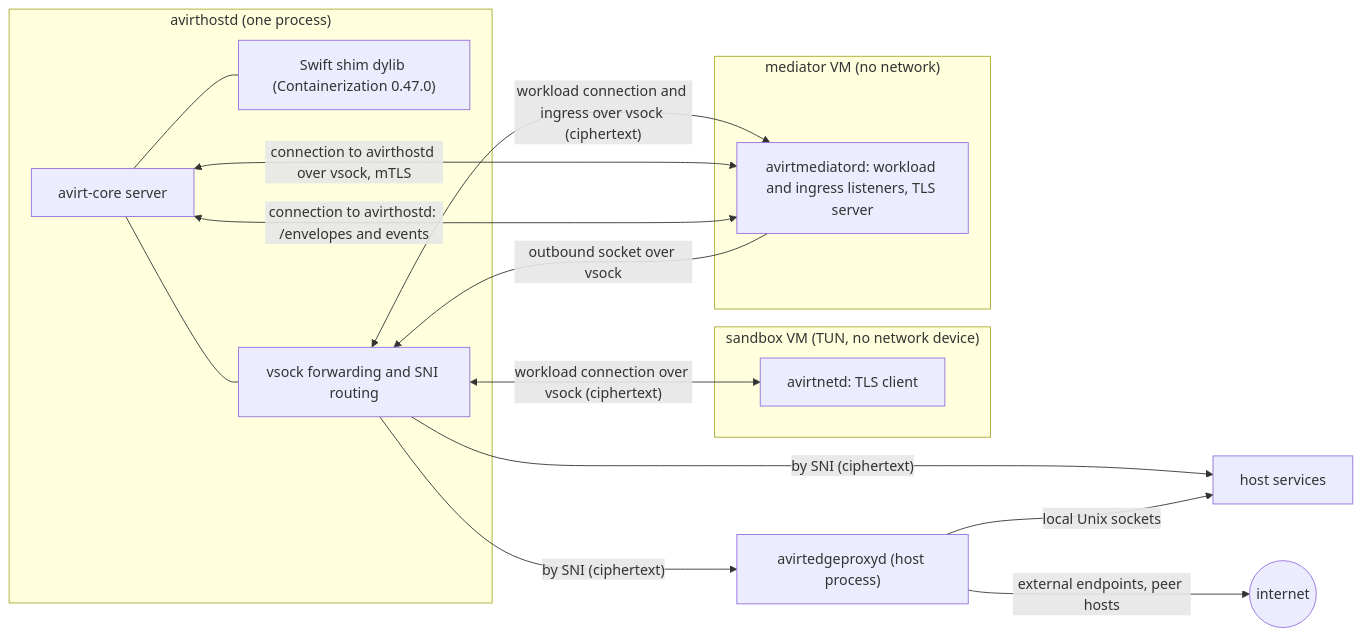
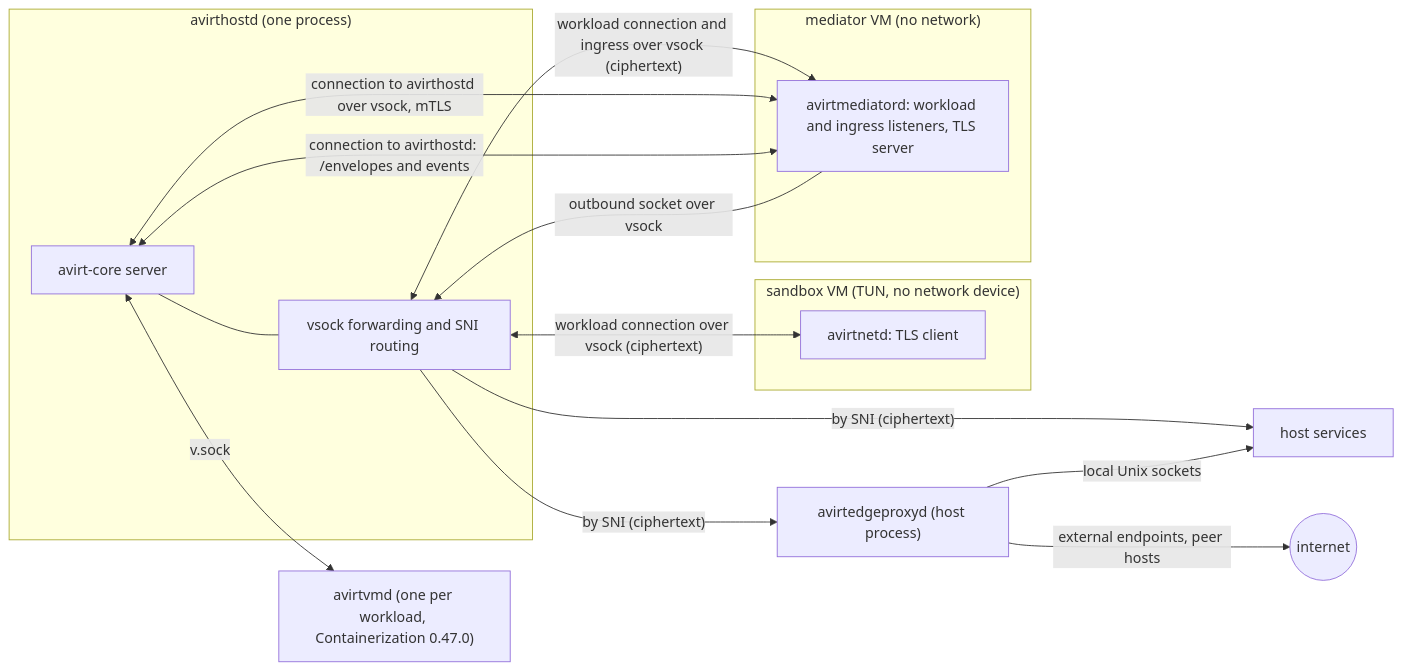
Before and after one commit to tbhb-dev/avirt: the first of 2 diagrams in docs/compute-runtimes.md, drawn with Mermaid. The commit also changed other lines of this file and 11 other files, not shown here.

````diff
--- a/docs/compute-runtimes.md
+++ b/docs/compute-runtimes.md
@@ -117,27 +123,27 @@
 ```mermaid
 flowchart LR
     subgraph hostd["avirthostd (one process)"]
         core["avirt-core server"]
-        shim["Swift shim dylib (Containerization 0.47.0)"]
         fwd["vsock forwarding and SNI routing"]
-        core --- shim
         core --- fwd
     end
+    vmd["avirtvmd (one per workload, Containerization 0.47.0)"]
+    core <-->|"v.sock"| vmd
     subgraph wvm["sandbox VM (TUN, no network device)"]
         net["avirtnetd: TLS client"]
     end
     subgraph svm["mediator VM (no network)"]
         me["avirtmediatord: workload and ingress listeners, TLS server"]
     end
     hs["host services"]
     fd["avirtedgeproxyd (host process)"]
     fwd <-->|"workload connection over vsock (ciphertext)"| net
     fwd <-->|"workload connection and ingress over vsock (ciphertext)"| me
     core <-->|"connection to avirthostd over vsock, mTLS"| me
     core <-->|"connection to avirthostd: /envelopes and events"| me
     me -->|"outbound socket over vsock"| fwd
     fwd -->|"by SNI (ciphertext)"| hs
     fwd -->|"by SNI (ciphertext)"| fd
     fd -->|"local Unix sockets"| hs
     fd -->|"external endpoints, peer hosts"| net2(("internet"))
 ```
````
